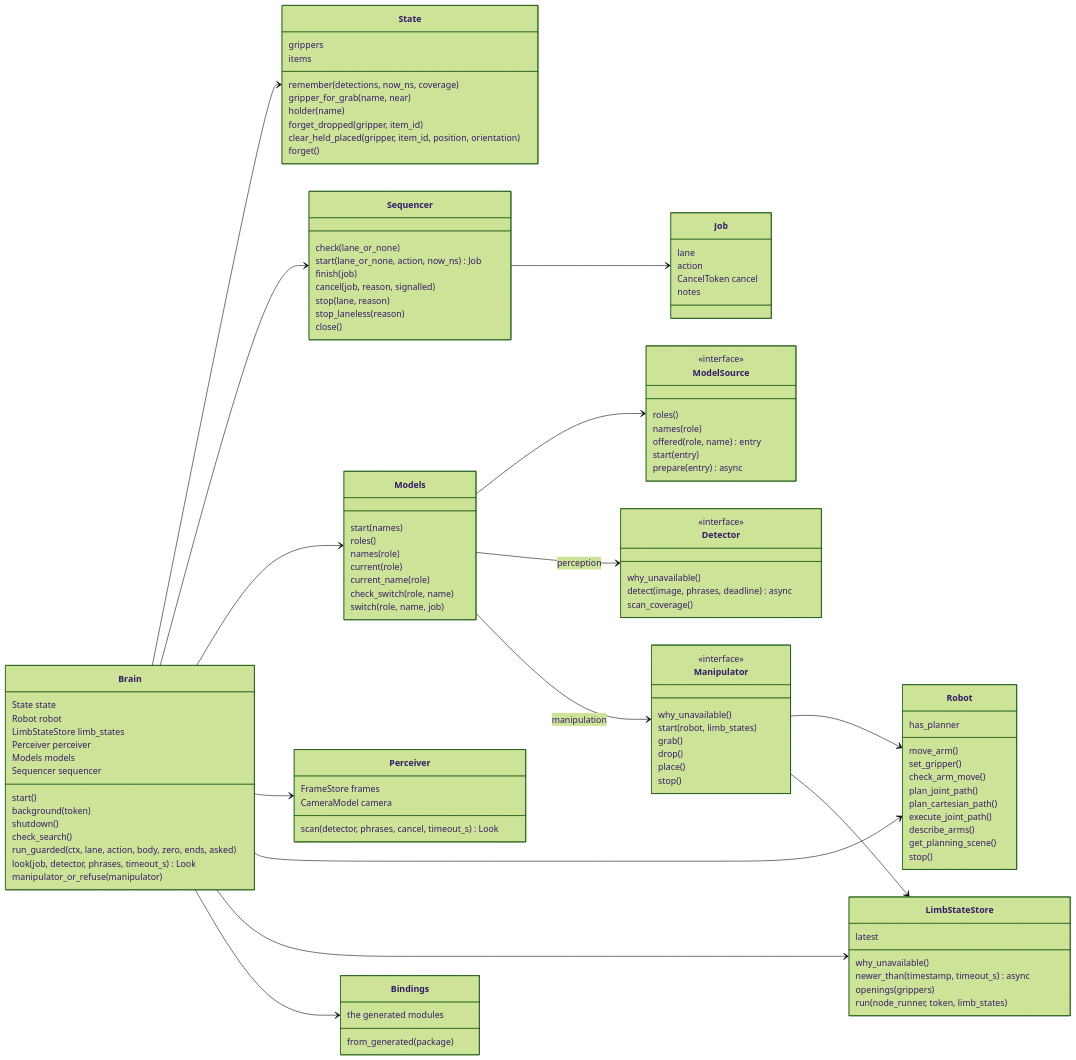
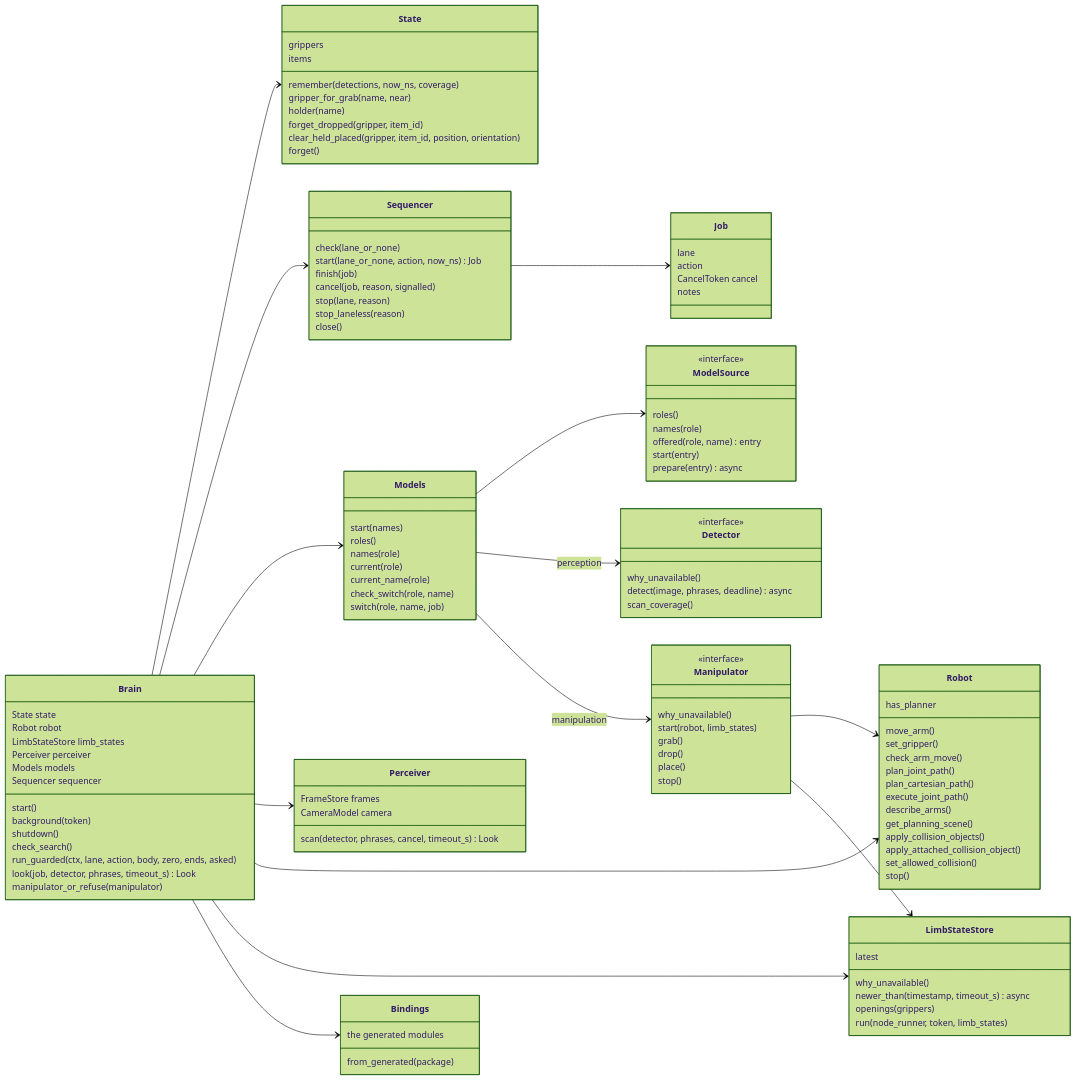
One commit to Peppy-bot/public-peppy-libs changed the second of 5 diagrams in brain_core/README.md. Above: the diagram before and after it, drawn with Mermaid (forest theme). The commit also changed other lines of this file and 2 other files, not shown here.

Commit message:
[ROBOTAI-40] brain_core: the three scene writes of Robot
Slice 1f of notes/collision_avoidance_plan.md.

Robot.apply_collision_objects sends adds, moves and removes in order
(ObjectOperation.add, .move, .remove, with box or sphere CollisionShapes).
Robot.apply_attached_collision_object attaches an object to a link with
its touch links, or detaches it. Robot.set_allowed_collision lets an
object touch other names, or stops it. Each returns "" once done, or why
not, as the other service calls of the planner do.

```diff
--- a/brain_core/README.md
+++ b/brain_core/README.md
@@ -223,6 +223,9 @@
         execute_joint_path()
         describe_arms()
         get_planning_scene()
+        apply_collision_objects()
+        apply_attached_collision_object()
+        set_allowed_collision()
         stop()
     }
     class LimbStateStore {
```
